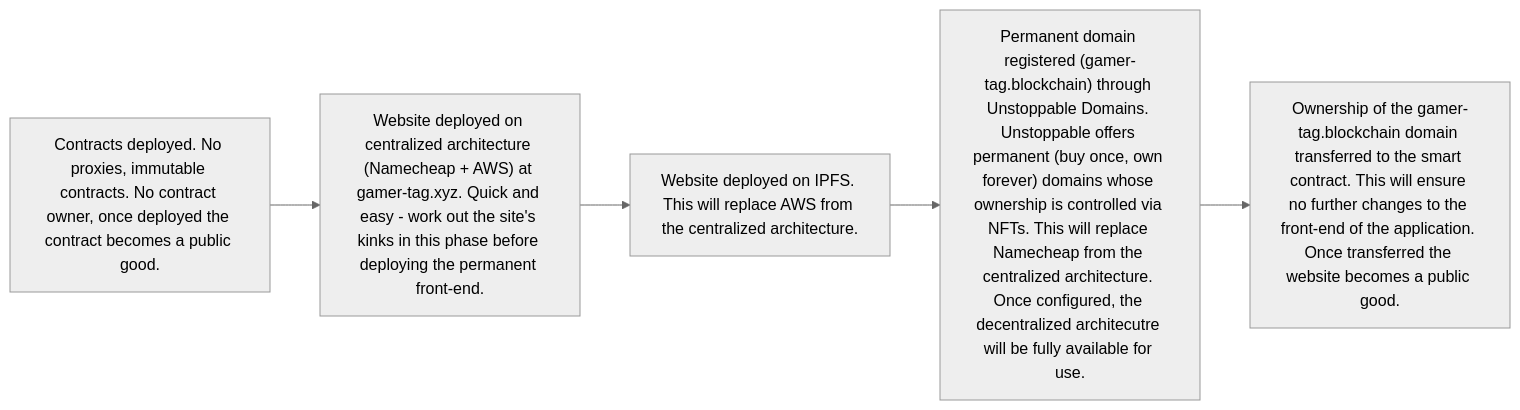
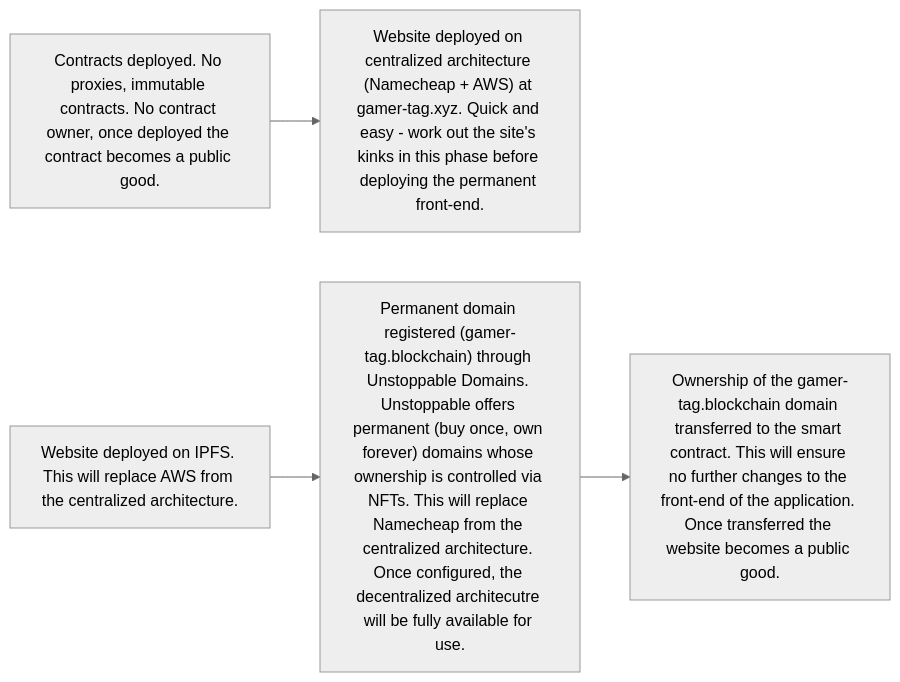
The diagram in README.md (TerryJHarrison/gamer-tag), drawn with Mermaid (neutral theme) before and after one commit.

````diff
--- a/README.md
+++ b/README.md
@@ -9,9 +9,10 @@
 ```mermaid
 flowchart LR
 	A["Contracts deployed. No proxies, immutable contracts. No contract owner, once deployed the contract becomes a public good."]
 	B["Website deployed on centralized architecture (Namecheap + AWS) at gamer-tag.xyz. Quick and easy - work out the site's kinks in this phase before deploying the permanent front-end."]
 	C["Website deployed on IPFS. This will replace AWS from the centralized architecture."]
 	D["Permanent domain registered (gamer-tag.blockchain) through Unstoppable Domains. Unstoppable offers permanent (buy once, own forever) domains whose ownership is controlled via NFTs. This will replace Namecheap from the centralized architecture. Once configured, the decentralized architecutre will be fully available for use."]
 	E["Ownership of the gamer-tag.blockchain domain transferred to the smart contract. This will ensure no further changes to the front-end of the application. Once transferred the website becomes a public good."]
-	A --> B --> C --> D --> E 
+	A --> B
+	C --> D --> E 
 ```
````
